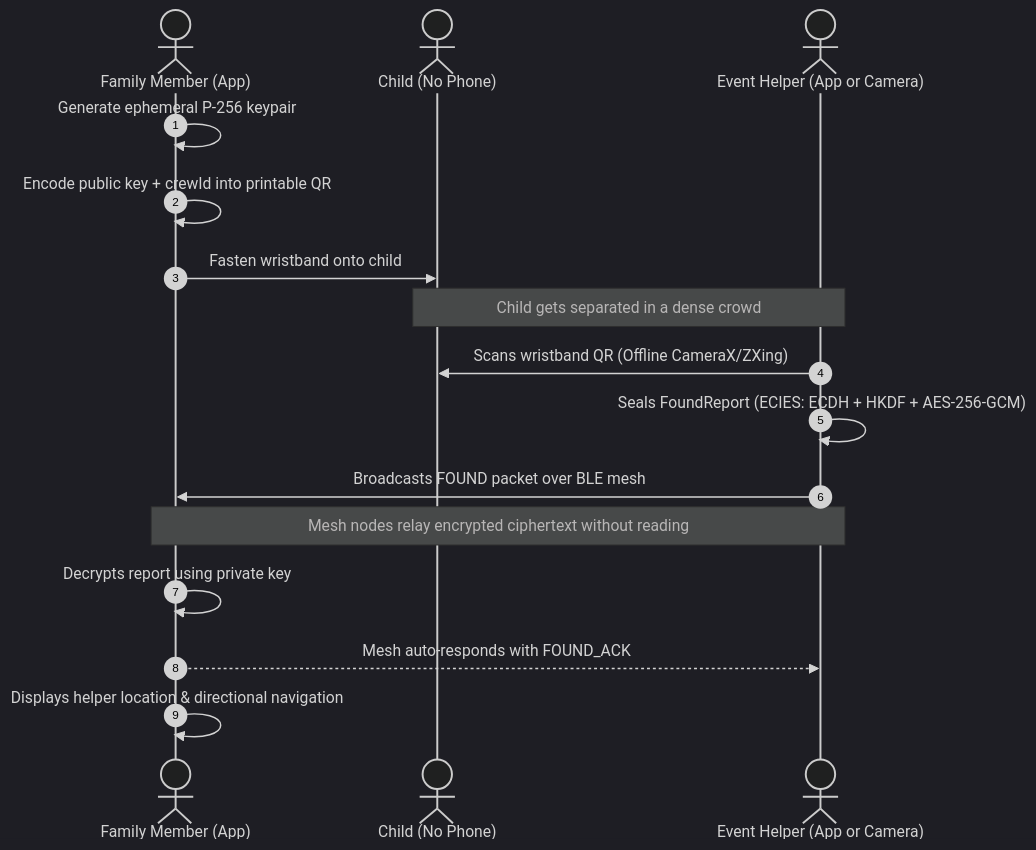
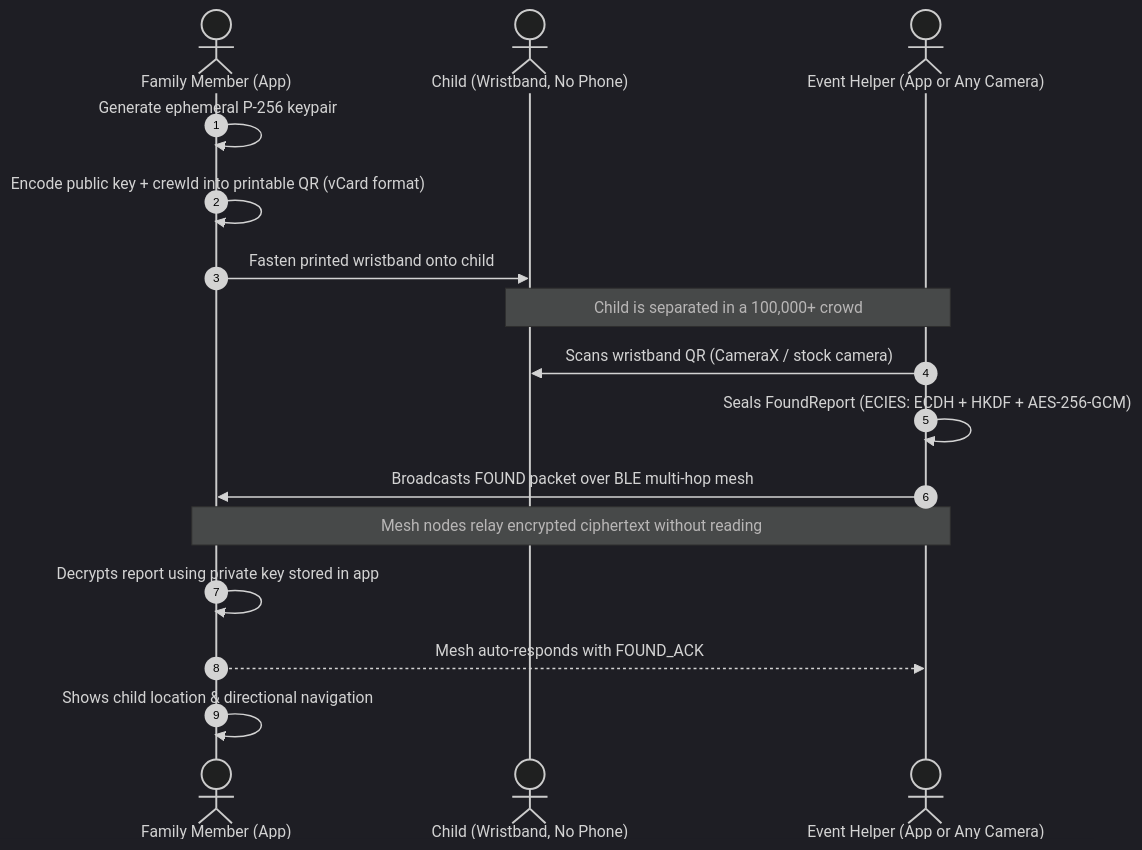
One commit to aadityaa0523/KHOJ changed the first of 3 diagrams in README.md. Above: the diagram before and after it, drawn with Mermaid (dark theme). The commit also changed other lines of this file and 1 other file, not shown here.

````diff
--- a/README.md
+++ b/README.md
@@ -89,19 +123,19 @@
 ```mermaid
 sequenceDiagram
     autonumber
     actor Family as Family Member (App)
-    actor Child as Child (No Phone)
-    actor Volunteer as Event Helper (App or Camera)
+    actor Child as Child (Wristband, No Phone)
+    actor Volunteer as Event Helper (App or Any Camera)
     
     Family->>Family: Generate ephemeral P-256 keypair
-    Family->>Family: Encode public key + crewId into printable QR
-    Family->>Child: Fasten wristband onto child
-    Note over Child,Volunteer: Child gets separated in a dense crowd
-    Volunteer->>Child: Scans wristband QR (Offline CameraX/ZXing)
+    Family->>Family: Encode public key + crewId into printable QR (vCard format)
+    Family->>Child: Fasten printed wristband onto child
+    Note over Child,Volunteer: Child is separated in a 100,000+ crowd
+    Volunteer->>Child: Scans wristband QR (CameraX / stock camera)
     Volunteer->>Volunteer: Seals FoundReport (ECIES: ECDH + HKDF + AES-256-GCM)
-    Volunteer->>Family: Broadcasts FOUND packet over BLE mesh
+    Volunteer->>Family: Broadcasts FOUND packet over BLE multi-hop mesh
     Note over Volunteer,Family: Mesh nodes relay encrypted ciphertext without reading
-    Family->>Family: Decrypts report using private key
+    Family->>Family: Decrypts report using private key stored in app
     Family-->>Volunteer: Mesh auto-responds with FOUND_ACK
-    Family->>Family: Displays helper location & directional navigation
+    Family->>Family: Shows child location & directional navigation
 ```
````
